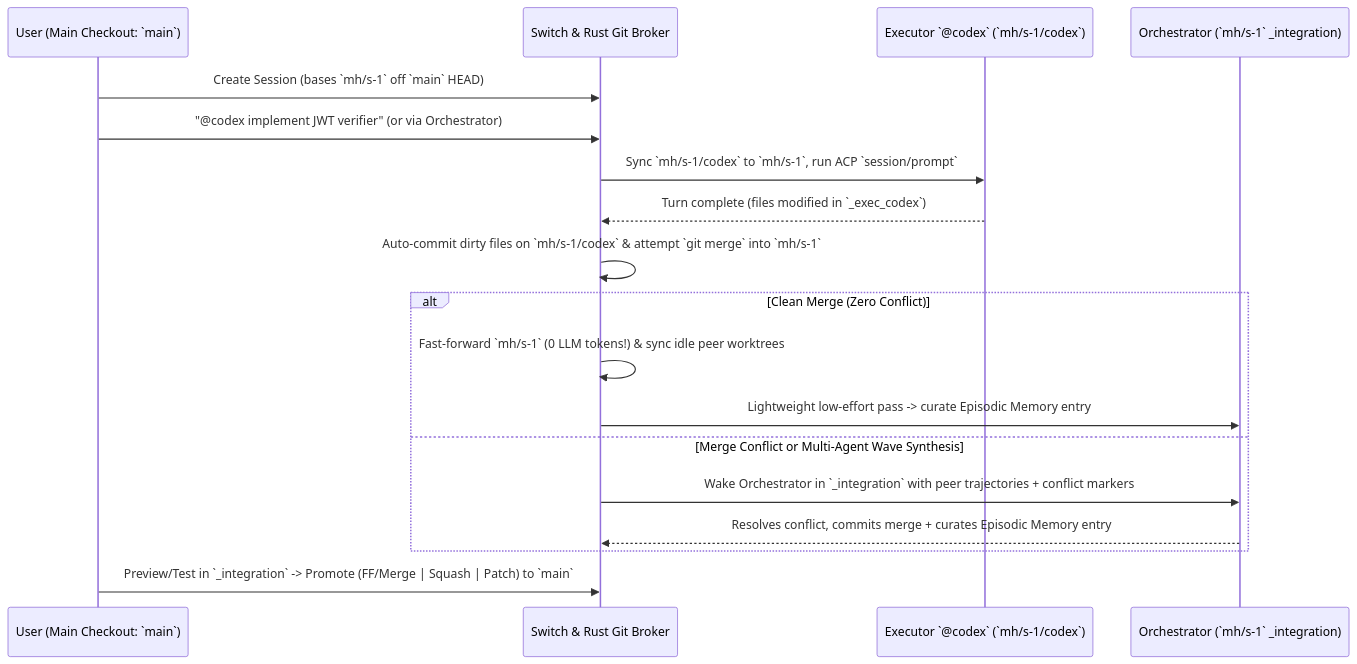
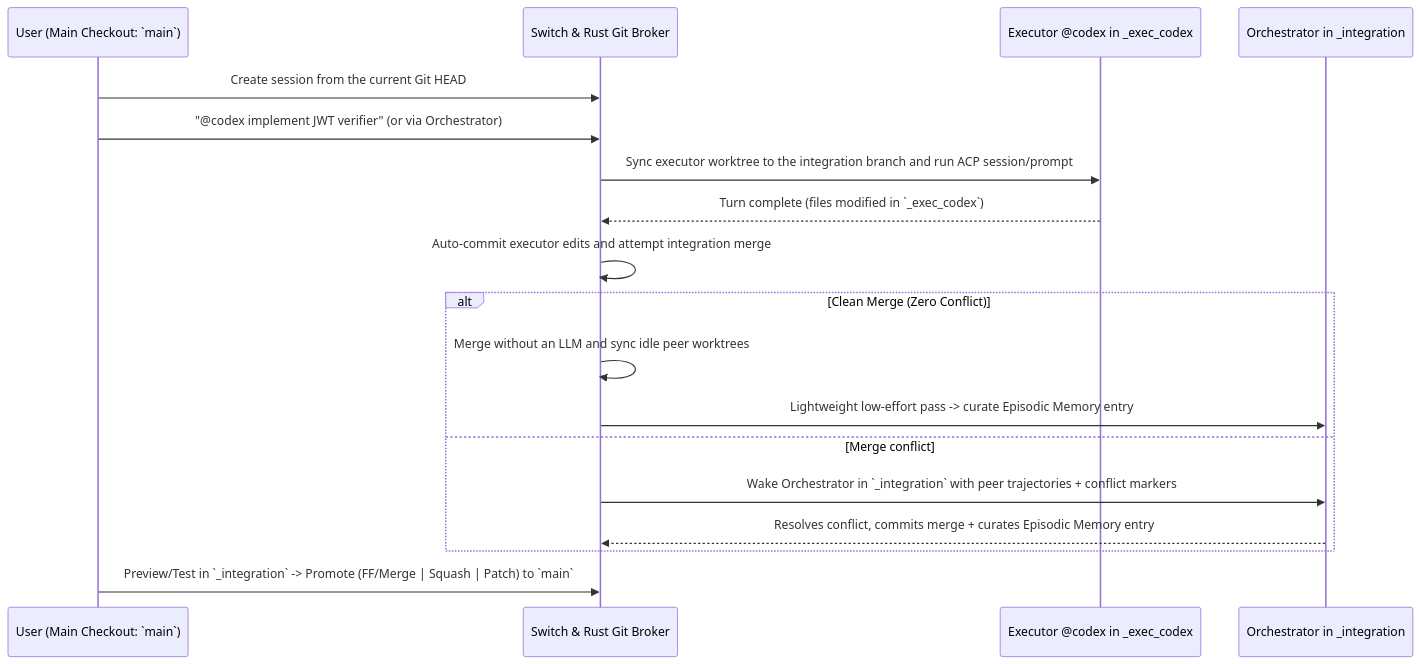
The second of 2 diagrams in docs/SPECIFICATION.md (pan2013e/meta-harness), drawn with Mermaid before and after one commit. The commit also changed other lines of this file and 32 other files, not shown here.

````diff
--- a/docs/SPECIFICATION.md
+++ b/docs/SPECIFICATION.md
@@ -62,21 +63,21 @@
 ```mermaid
 sequenceDiagram
     participant U as User (Main Checkout: `main`)
     participant S as Switch & Rust Git Broker
-    participant E as Executor `@codex` (`mh/s-1/codex`)
-    participant O as Orchestrator (`mh/s-1` _integration)
+    participant E as Executor @codex in _exec_codex
+    participant O as Orchestrator in _integration
 
-    U->>S: Create Session (bases `mh/s-1` off `main` HEAD)
+    U->>S: Create session from the current Git HEAD
     U->>S: "@codex implement JWT verifier" (or via Orchestrator)
-    S->>E: Sync `mh/s-1/codex` to `mh/s-1`, run ACP `session/prompt`
+    S->>E: Sync executor worktree to the integration branch and run ACP session/prompt
     E-->>S: Turn complete (files modified in `_exec_codex`)
-    S->>S: Auto-commit dirty files on `mh/s-1/codex` & attempt `git merge` into `mh/s-1`
+    S->>S: Auto-commit executor edits and attempt integration merge
     alt Clean Merge (Zero Conflict)
-        S->>S: Fast-forward `mh/s-1` (0 LLM tokens!) & sync idle peer worktrees
+        S->>S: Merge without an LLM and sync idle peer worktrees
         S->>O: Lightweight low-effort pass -> curate Episodic Memory entry
-    else Merge Conflict or Multi-Agent Wave Synthesis
+    else Merge conflict
         S->>O: Wake Orchestrator in `_integration` with peer trajectories + conflict markers
         O-->>S: Resolves conflict, commits merge + curates Episodic Memory entry
     end
     U->>S: Preview/Test in `_integration` -> Promote (FF/Merge | Squash | Patch) to `main`
 ```
````
